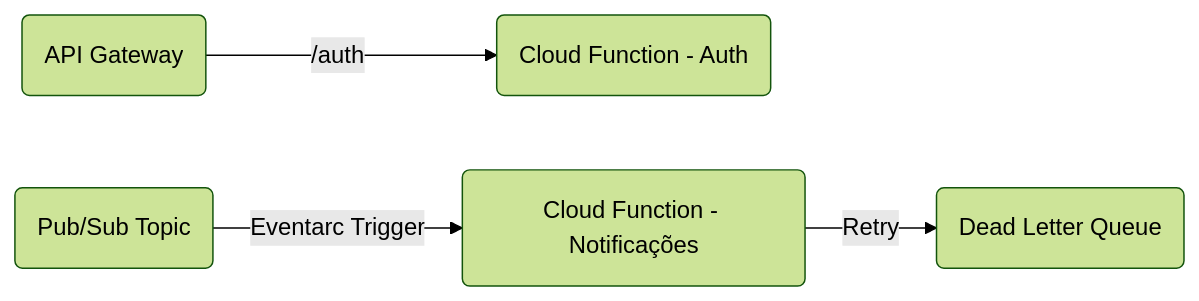
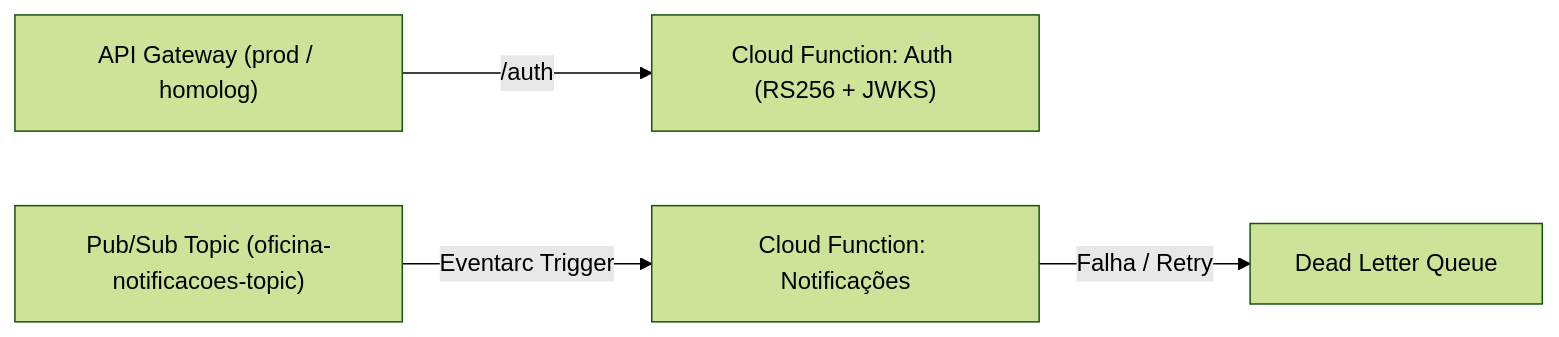
The diagram in README.md (jcontiero/oficina-serverless), drawn with Mermaid (forest theme) before and after one commit. The commit also changed other lines of this file and 14 other files, not shown here.

````diff
--- a/README.md
+++ b/README.md
@@ -28,6 +61,6 @@
 ```mermaid
 flowchart LR
-    API_GW(API Gateway) -->|/auth| F_Auth(Cloud Function - Auth)
-    Topic(Pub/Sub Topic) -->|Eventarc Trigger| F_Notif(Cloud Function - Notificações)
-    F_Notif -->|Retry| DLQ(Dead Letter Queue)
+    API_GW["API Gateway (prod / homolog)"] -->|/auth| F_Auth["Cloud Function: Auth (RS256 + JWKS)"]
+    Topic["Pub/Sub Topic (oficina-notificacoes-topic)"] -->|Eventarc Trigger| F_Notif["Cloud Function: Notificações"]
+    F_Notif -->|Falha / Retry| DLQ["Dead Letter Queue"]
 ```
````
